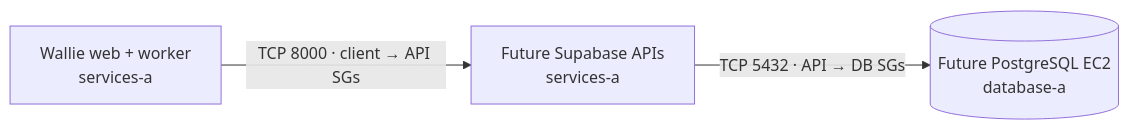
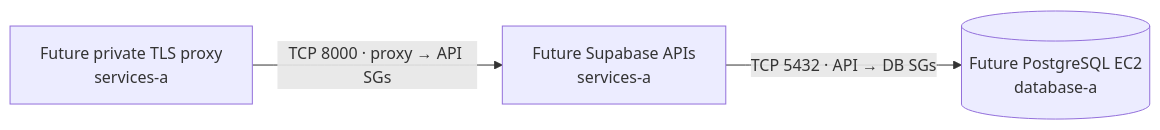
The diagram in docs/AWS-SUPABASE-NETWORK.md (anantjain-xyz/wallie-dev), drawn with Mermaid before and after one commit. The commit also changed other lines of this file and 10 other files, not shown here.

````diff
--- a/docs/AWS-SUPABASE-NETWORK.md
+++ b/docs/AWS-SUPABASE-NETWORK.md
@@ -5,5 +5,5 @@
 ```mermaid
 flowchart LR
-    wallie["Wallie web + worker<br/>services-a"] -->|"TCP 8000 · client → API SGs"| gateway["Future Supabase APIs<br/>services-a"]
+    proxy["Future private TLS proxy<br/>services-a"] -->|"TCP 8000 · proxy → API SGs"| gateway["Future Supabase APIs<br/>services-a"]
     gateway -->|"TCP 5432 · API → DB SGs"| db[("Future PostgreSQL EC2<br/>database-a")]
 ```
````
